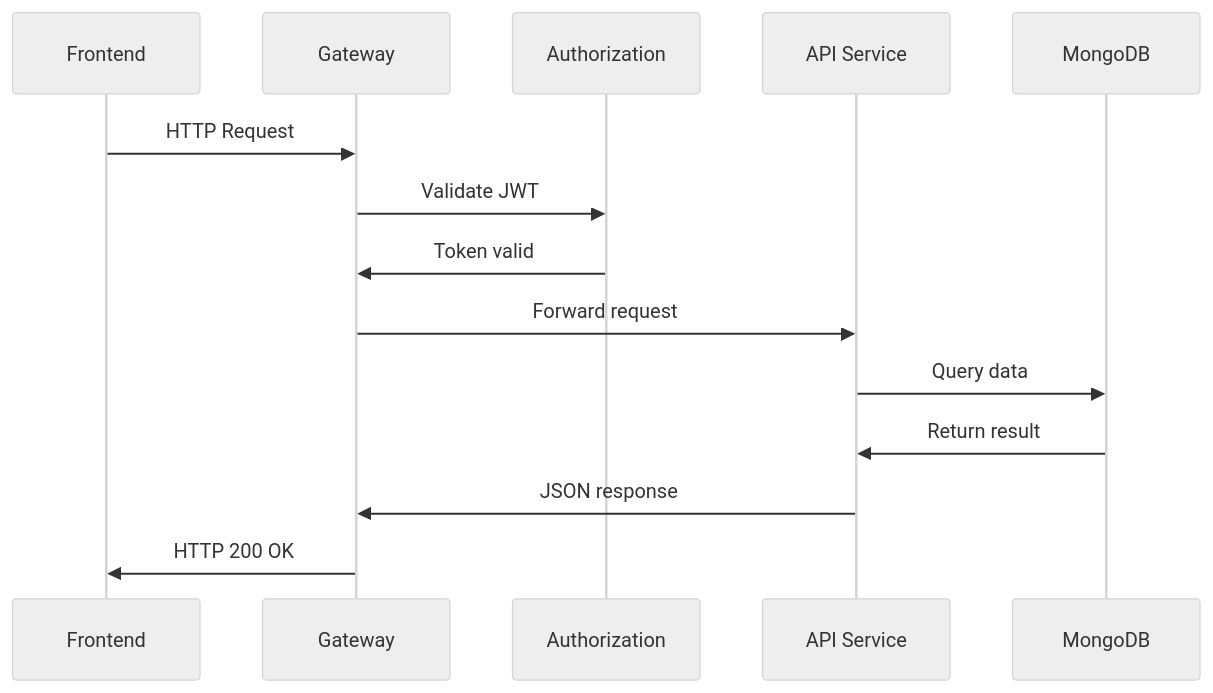
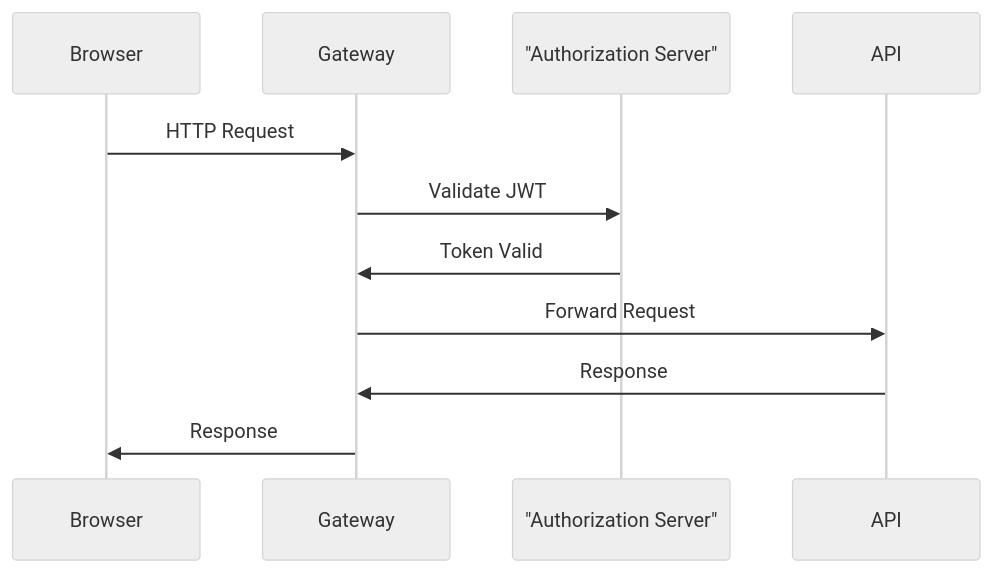
The second of 5 diagrams in docs/architecture/service-applications/service-applications.md (Praesto-Pro/openframe-oss-tenant), drawn with Mermaid (neutral theme) before and after one commit. The commit also changed other lines of this file and 174 other files, not shown here.

````diff
--- a/docs/architecture/service-applications/service-applications.md
+++ b/docs/architecture/service-applications/service-applications.md
@@ -295,17 +179,14 @@
 ```mermaid
 sequenceDiagram
-    participant UI as Frontend
-    participant GW as Gateway
-    participant AUTH as Authorization
-    participant API as API Service
-    participant DB as MongoDB
+    participant Browser
+    participant Gateway
+    participant Auth as "Authorization Server"
+    participant API
 
-    UI->>GW: HTTP Request
-    GW->>AUTH: Validate JWT
-    AUTH->>GW: Token valid
-    GW->>API: Forward request
-    API->>DB: Query data
-    DB->>API: Return result
-    API->>GW: JSON response
-    GW->>UI: HTTP 200 OK
+    Browser->>Gateway: HTTP Request
+    Gateway->>Auth: Validate JWT
+    Auth->>Gateway: Token Valid
+    Gateway->>API: Forward Request
+    API->>Gateway: Response
+    Gateway->>Browser: Response
 ```
````
